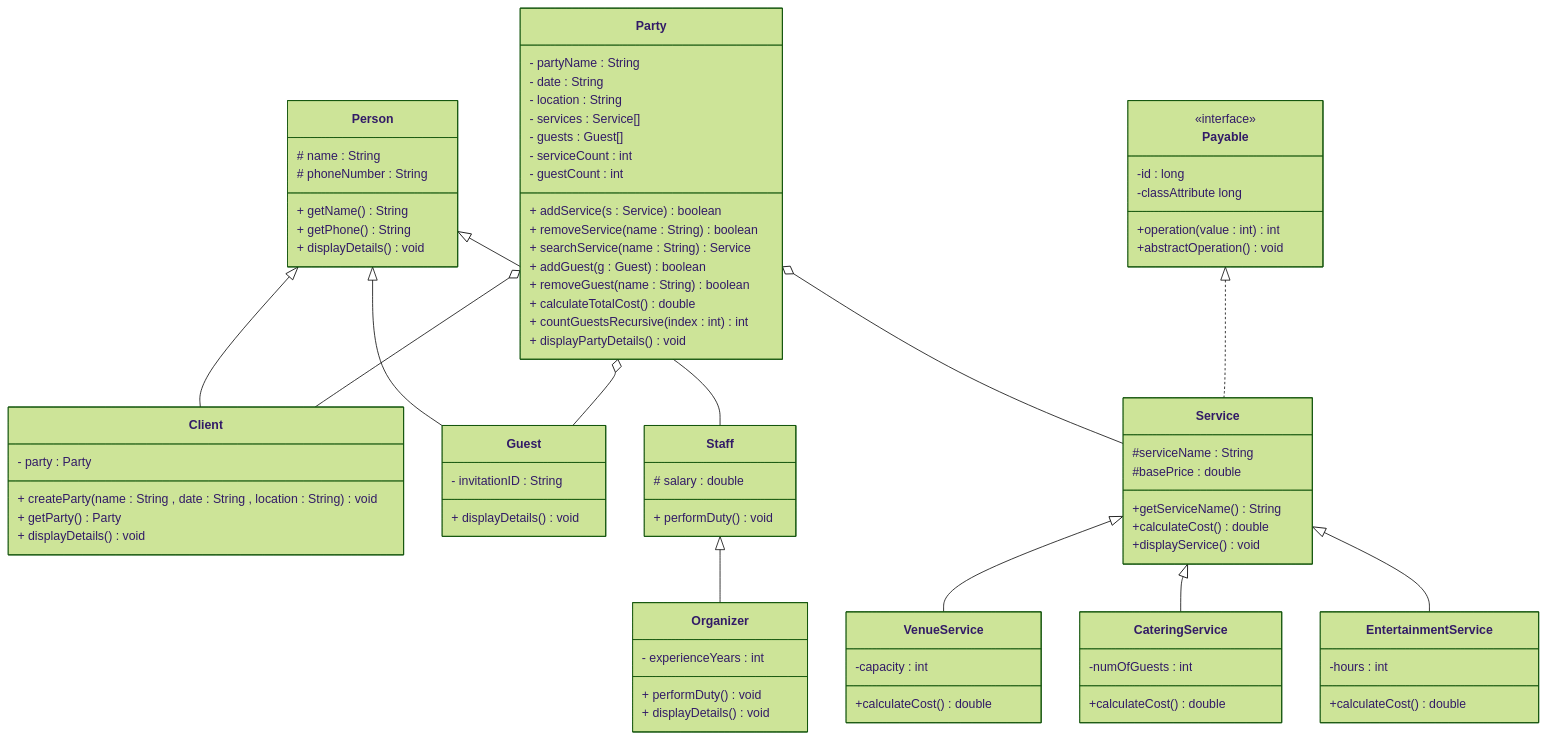
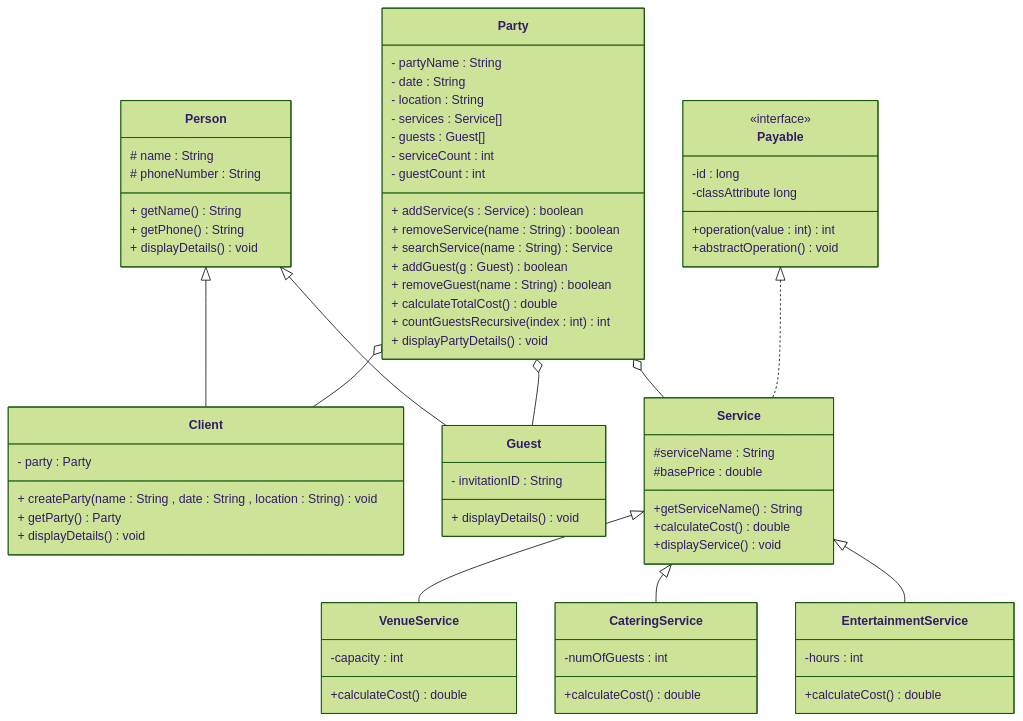
One commit to Aljawharah46/CSC113-project-P1 changed the diagram in README.md. Above: the diagram before and after it, drawn with Mermaid (forest theme).

```diff
--- a/README.md
+++ b/README.md
@@ -21,16 +21,6 @@
 + displayDetails() void
 }
 
-class Staff{
-# salary : double
-+ performDuty() void
-}
-
-class Organizer{
-- experienceYears : int
-+ performDuty() void
-+ displayDetails() void
-}
 
 class Party{
 - partyName : String
@@ -84,8 +74,7 @@
 
 Person <|-- Client
 Person <|-- Guest
-Person <|-- Staff
-Staff <|-- Organizer
+
 
 Party o-- Client
 Party o-- Guest
```
